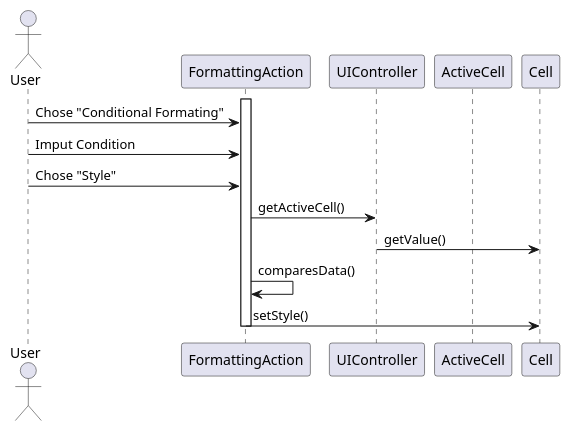
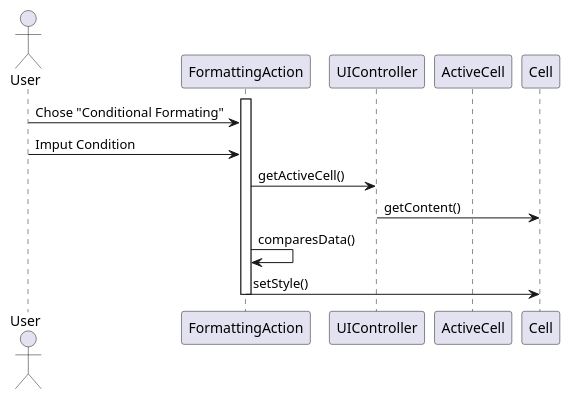
One commit to 1130348/Confusao changed the diagram in src/csheets/userstories/macros04_01/conditional_formatting/macros_04_01.1.puml. Above: the diagram before and after it, drawn with PlantUML. The commit also changed 2 other files, not shown here.

```diff
--- a/src/csheets/userstories/macros04_01/conditional_formatting/macros_04_01.1.puml
+++ b/src/csheets/userstories/macros04_01/conditional_formatting/macros_04_01.1.puml
@@ -1,19 +1,18 @@
 @startuml doc-files/macros_04_01.1.png
 
 actor User
 
     participant "FormattingAction" as fact
     participant "UIController" as UICTR
     participant "ActiveCell" as ac
     participant "Cell" as c
     activate fact
         User -> fact : Chose "Conditional Formating"
 		User -> fact : Imput Condition
-	    User -> fact : Chose "Style"
         fact -> UICTR : getActiveCell()
-        UICTR -> c : getValue()
+        UICTR -> c : getContent()
         fact -> fact : comparesData()
         fact -> c : setStyle()
     deactivate fact
 
 @enduml
```
